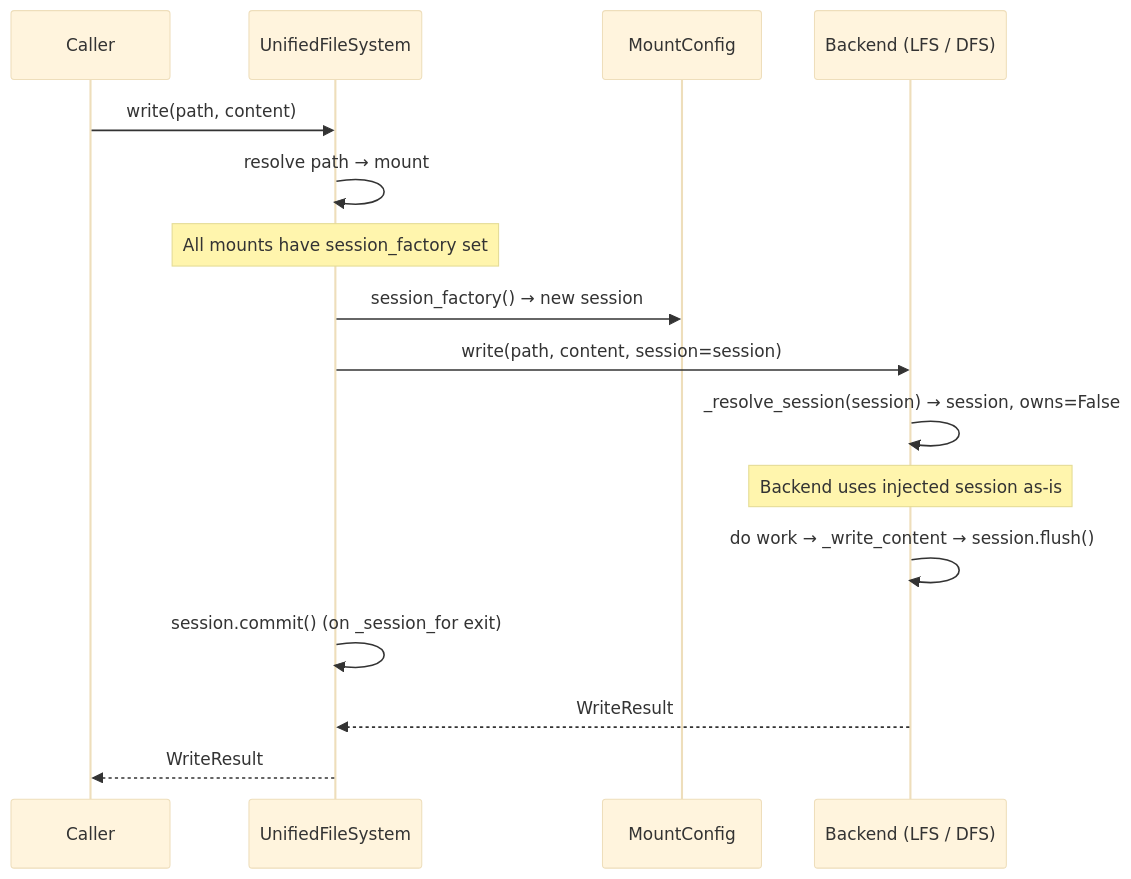
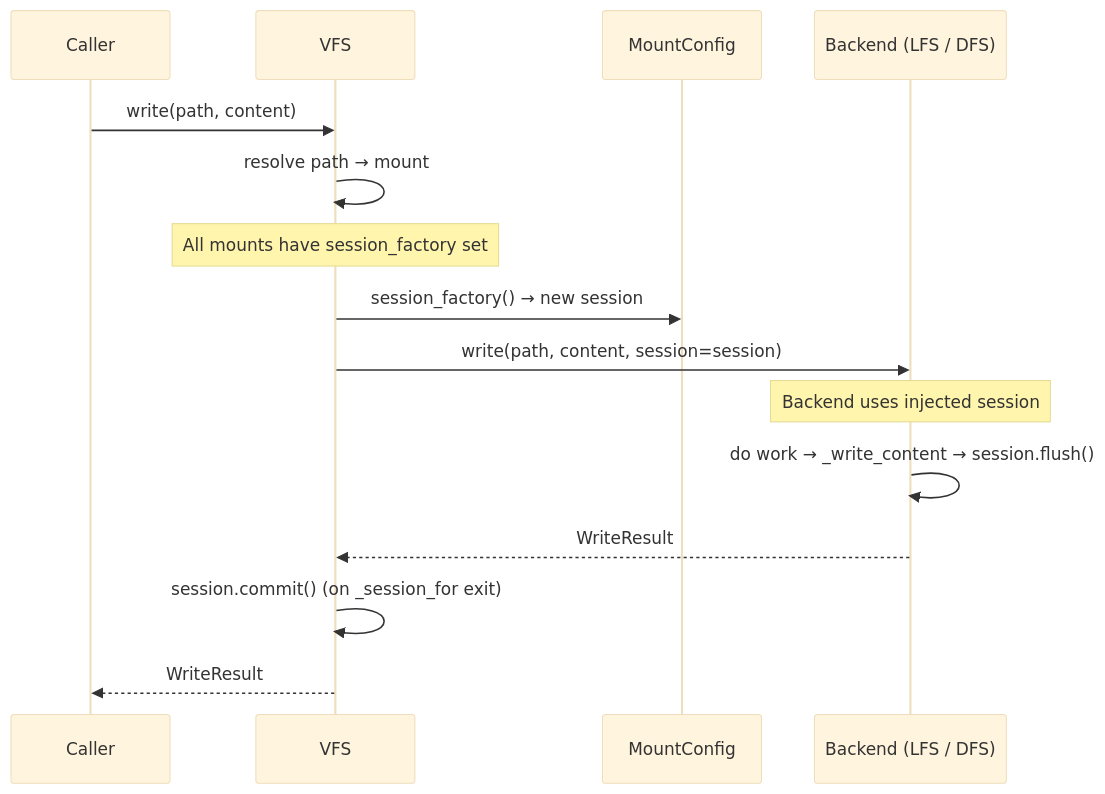
Before and after one commit to ClayGendron/grover: the fourth of 10 diagrams in docs/fs_architecture.md, drawn with Mermaid (base theme). The commit also changed other lines of this file and 17 other files, not shown here.

First line of the commit message:
Clean up session management, rename UnifiedFileSystem → VFS

````diff
--- a/docs/fs_architecture.md
+++ b/docs/fs_architecture.md
@@ -219,21 +214,20 @@
 ```mermaid
 sequenceDiagram
     participant Caller
-    participant UFS as UnifiedFileSystem
+    participant UFS as VFS
     participant MC as MountConfig
     participant Backend as Backend (LFS / DFS)
 
     Caller->>UFS: write(path, content)
     UFS->>UFS: resolve path → mount
 
     Note over UFS: All mounts have session_factory set
     UFS->>MC: session_factory() → new session
     UFS->>Backend: write(path, content, session=session)
-    Backend->>Backend: _resolve_session(session) → session, owns=False
-    Note over Backend: Backend uses injected session as-is
+    Note over Backend: Backend uses injected session
     Backend->>Backend: do work → _write_content → session.flush()
-    UFS->>UFS: session.commit() (on _session_for exit)
 
     Backend-->>UFS: WriteResult
+    UFS->>UFS: session.commit() (on _session_for exit)
     UFS-->>Caller: WriteResult
 ```
````
